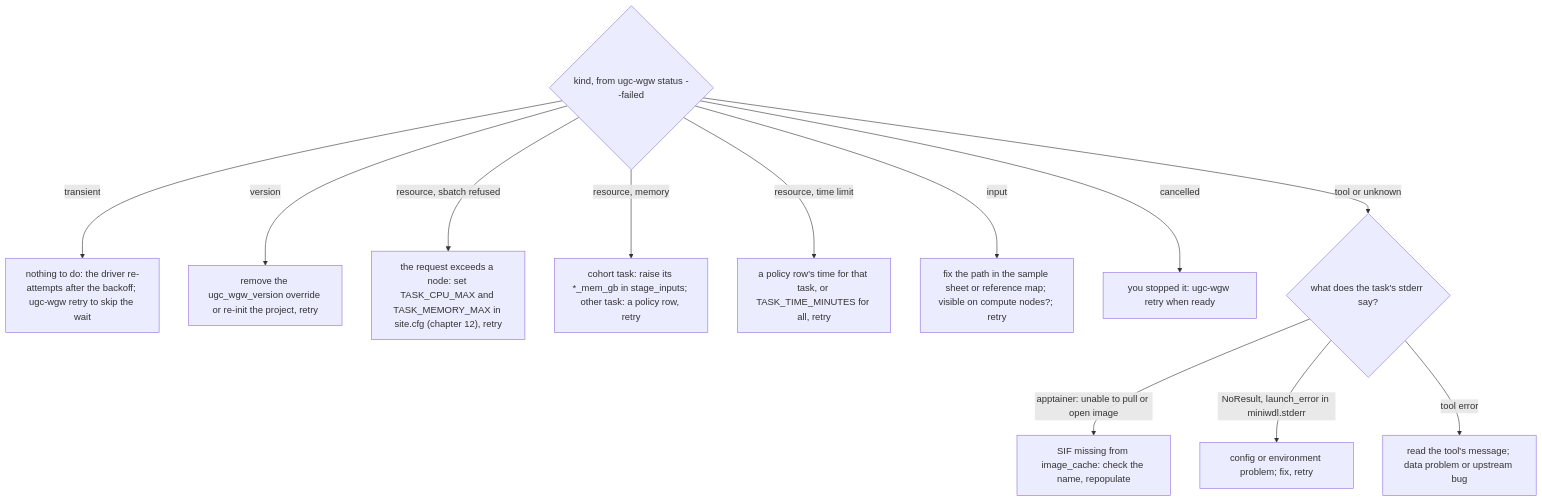
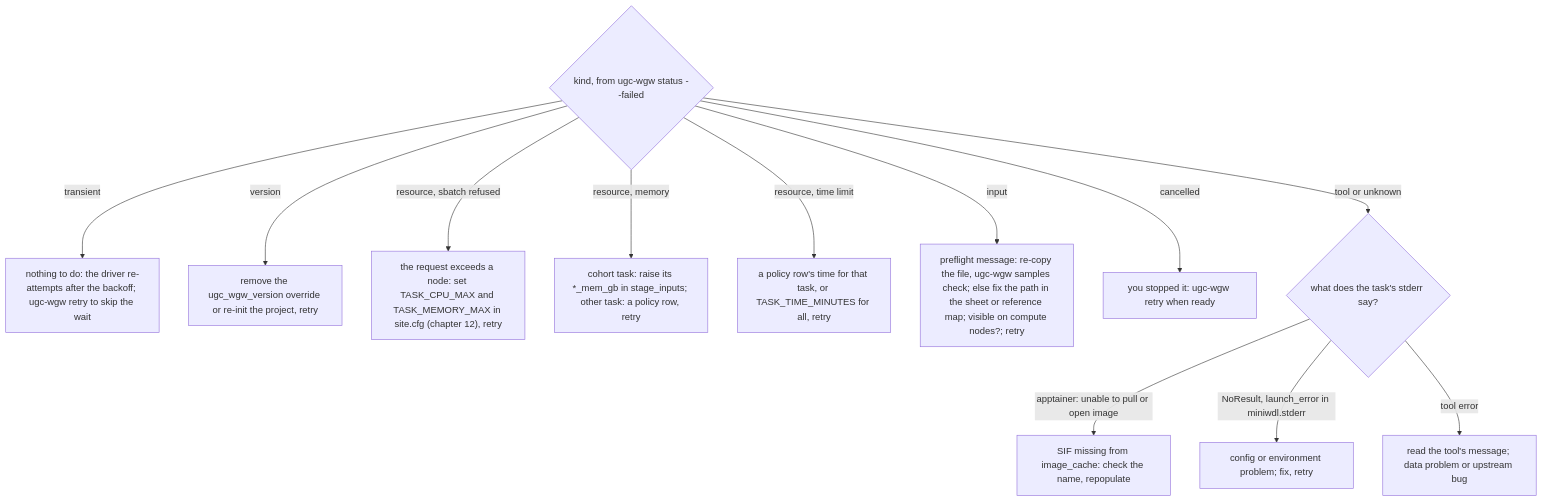
Before and after one commit to UppsalaGenomeCenter/ugc-wgw: the diagram in docs/guide/09-troubleshooting.md, drawn with Mermaid. The commit also changed other lines of this file and 30 other files, not shown here.

First line of the commit message:
ugc-wgw 0.8.0

````diff
--- a/docs/guide/09-troubleshooting.md
+++ b/docs/guide/09-troubleshooting.md
@@ -59,15 +59,15 @@
 ```mermaid
 flowchart TD
   s{"kind, from ugc-wgw status --failed"}
   s -->|"transient"| r["nothing to do: the driver re-attempts after the backoff; ugc-wgw retry to skip the wait"]
   s -->|"version"| v["remove the ugc_wgw_version override or re-init the project, retry"]
   s -->|"resource, sbatch refused"| ref["the request exceeds a node: set TASK_CPU_MAX and TASK_MEMORY_MAX in site.cfg (chapter 12), retry"]
   s -->|"resource, memory"| oom["cohort task: raise its *_mem_gb in stage_inputs; other task: a policy row, retry"]
   s -->|"resource, time limit"| t["a policy row's time for that task, or TASK_TIME_MINUTES for all, retry"]
-  s -->|"input"| i["fix the path in the sample sheet or reference map; visible on compute nodes?; retry"]
+  s -->|"input"| i["preflight message: re-copy the file, ugc-wgw samples check; else fix the path in the sheet or reference map; visible on compute nodes?; retry"]
   s -->|"cancelled"| cx["you stopped it: ugc-wgw retry when ready"]
   s -->|"tool or unknown"| c{"what does the task's stderr say?"}
   c -->|"apptainer: unable to pull or open image"| sif["SIF missing from image_cache: check the name, repopulate"]
   c -->|"NoResult, launch_error in miniwdl.stderr"| m["config or environment problem; fix, retry"]
   c -->|"tool error"| tool["read the tool's message; data problem or upstream bug"]
 ```
````
